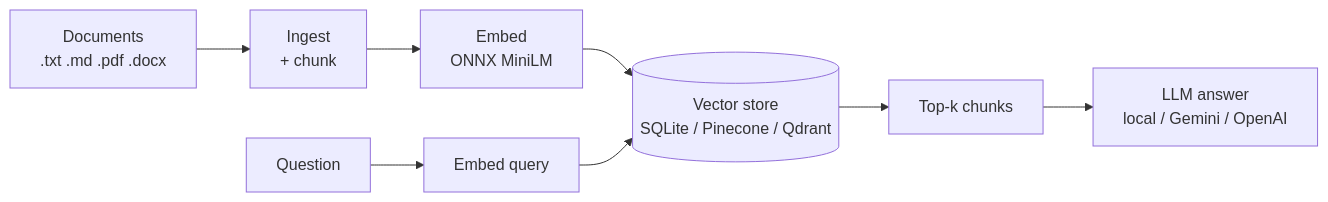
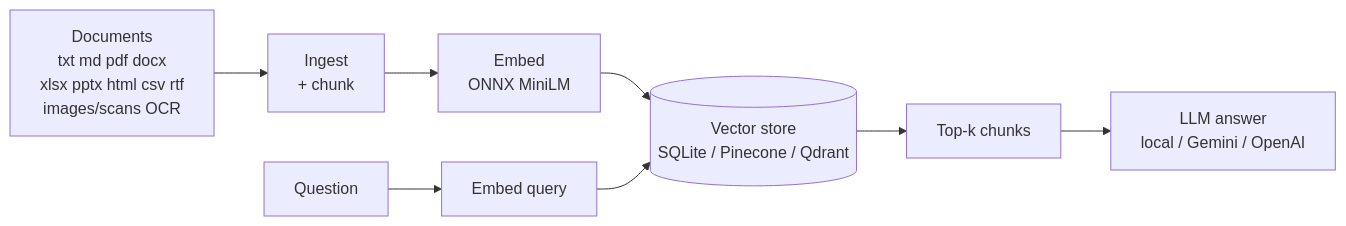
One commit to Abdullahbinaqeel/RAGMill changed the diagram in docs/index.md. Above: the diagram before and after it, drawn with Mermaid. The commit also changed other lines of this file and 6 other files, not shown here.

````diff
--- a/docs/index.md
+++ b/docs/index.md
@@ -43,10 +45,10 @@
 ```mermaid
 flowchart LR
-    A[Documents<br/>.txt .md .pdf .docx] --> B[Ingest<br/>+ chunk]
+    A[Documents<br/>txt md pdf docx<br/>xlsx pptx html csv rtf<br/>images/scans OCR] --> B[Ingest<br/>+ chunk]
     B --> C[Embed<br/>ONNX MiniLM]
     C --> D[(Vector store<br/>SQLite / Pinecone / Qdrant)]
     E[Question] --> F[Embed query]
     F --> D
     D --> G[Top-k chunks]
     G --> H[LLM answer<br/>local / Gemini / OpenAI]
 ```
````
